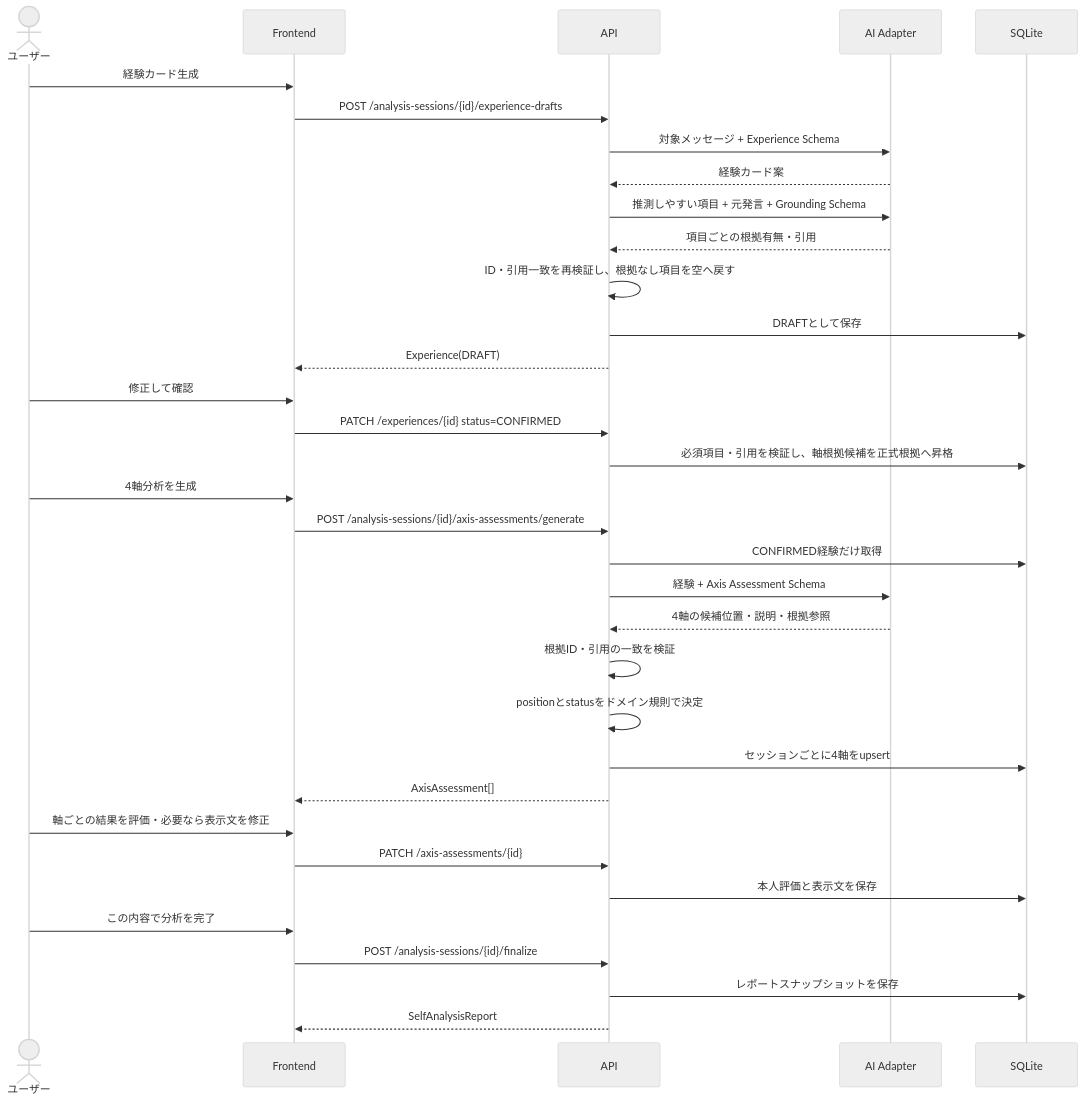
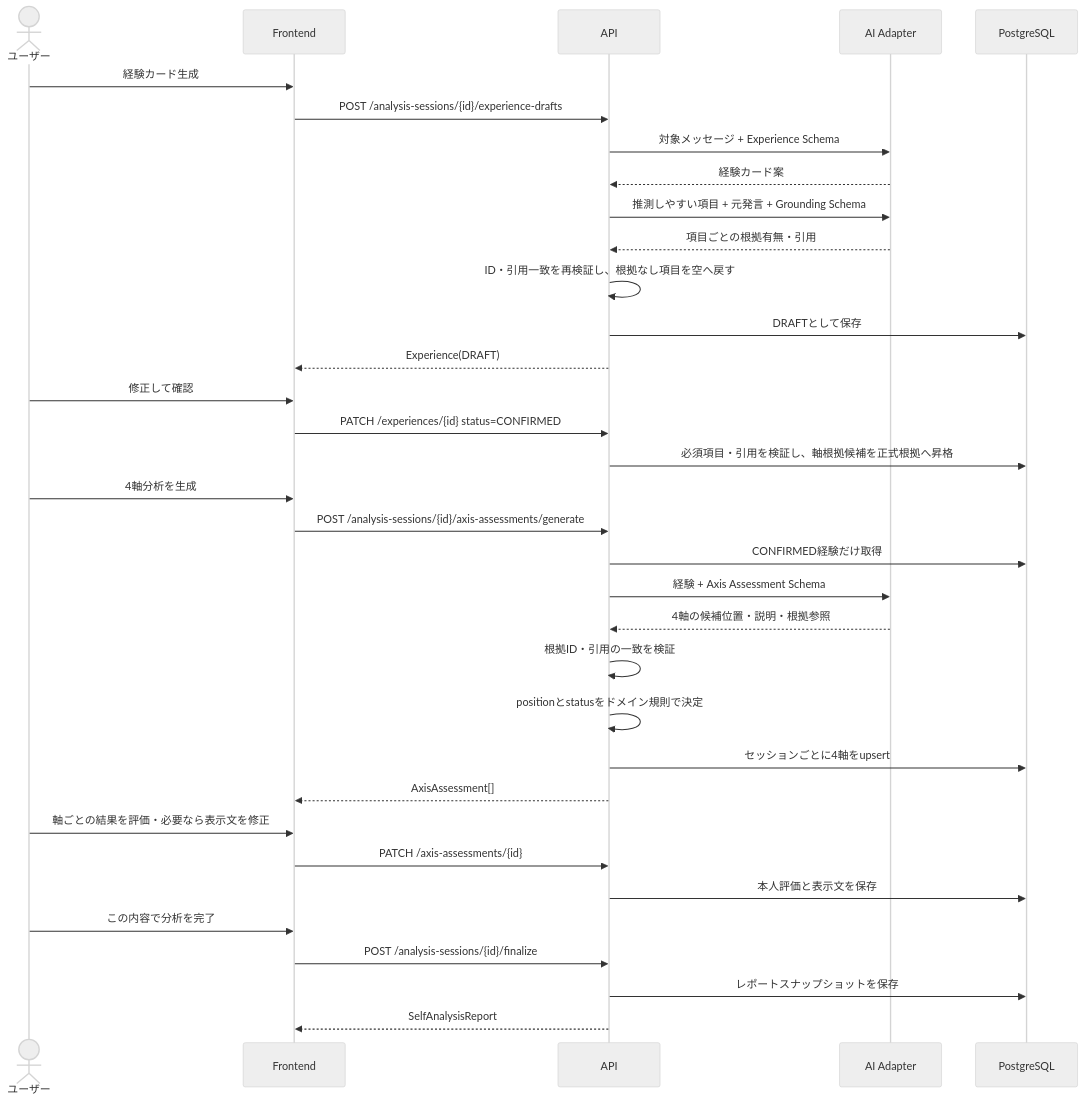
One commit to HACK-STAGE-STAGE2-teamG-YOZORA/Polaris changed the fourth of 7 diagrams in docs/architecture.md. Above: the diagram before and after it, drawn with Mermaid (neutral theme). The commit also changed other lines of this file and 17 other files, not shown here.

Commit message:
Fix PostgreSQL migration integration

````diff
--- a/docs/architecture.md
+++ b/docs/architecture.md
@@ -170,37 +170,37 @@
 ```mermaid
 sequenceDiagram
     actor User as ユーザー
     participant UI as Frontend
     participant API as API
     participant AI as AI Adapter
-    participant DB as SQLite
+    participant DB as PostgreSQL
 
     User->>UI: 経験カード生成
     UI->>API: POST /analysis-sessions/{id}/experience-drafts
     API->>AI: 対象メッセージ + Experience Schema
     AI-->>API: 経験カード案
     API->>AI: 推測しやすい項目 + 元発言 + Grounding Schema
     AI-->>API: 項目ごとの根拠有無・引用
     API->>API: ID・引用一致を再検証し、根拠なし項目を空へ戻す
     API->>DB: DRAFTとして保存
     API-->>UI: Experience(DRAFT)
     User->>UI: 修正して確認
     UI->>API: PATCH /experiences/{id} status=CONFIRMED
     API->>DB: 必須項目・引用を検証し、軸根拠候補を正式根拠へ昇格
     User->>UI: 4軸分析を生成
     UI->>API: POST /analysis-sessions/{id}/axis-assessments/generate
     API->>DB: CONFIRMED経験だけ取得
     API->>AI: 経験 + Axis Assessment Schema
     AI-->>API: 4軸の候補位置・説明・根拠参照
     API->>API: 根拠ID・引用の一致を検証
     API->>API: positionとstatusをドメイン規則で決定
     API->>DB: セッションごとに4軸をupsert
     API-->>UI: AxisAssessment[]
     User->>UI: 軸ごとの結果を評価・必要なら表示文を修正
     UI->>API: PATCH /axis-assessments/{id}
     API->>DB: 本人評価と表示文を保存
     User->>UI: この内容で分析を完了
     UI->>API: POST /analysis-sessions/{id}/finalize
     API->>DB: レポートスナップショットを保存
     API-->>UI: SelfAnalysisReport
 ```
````
